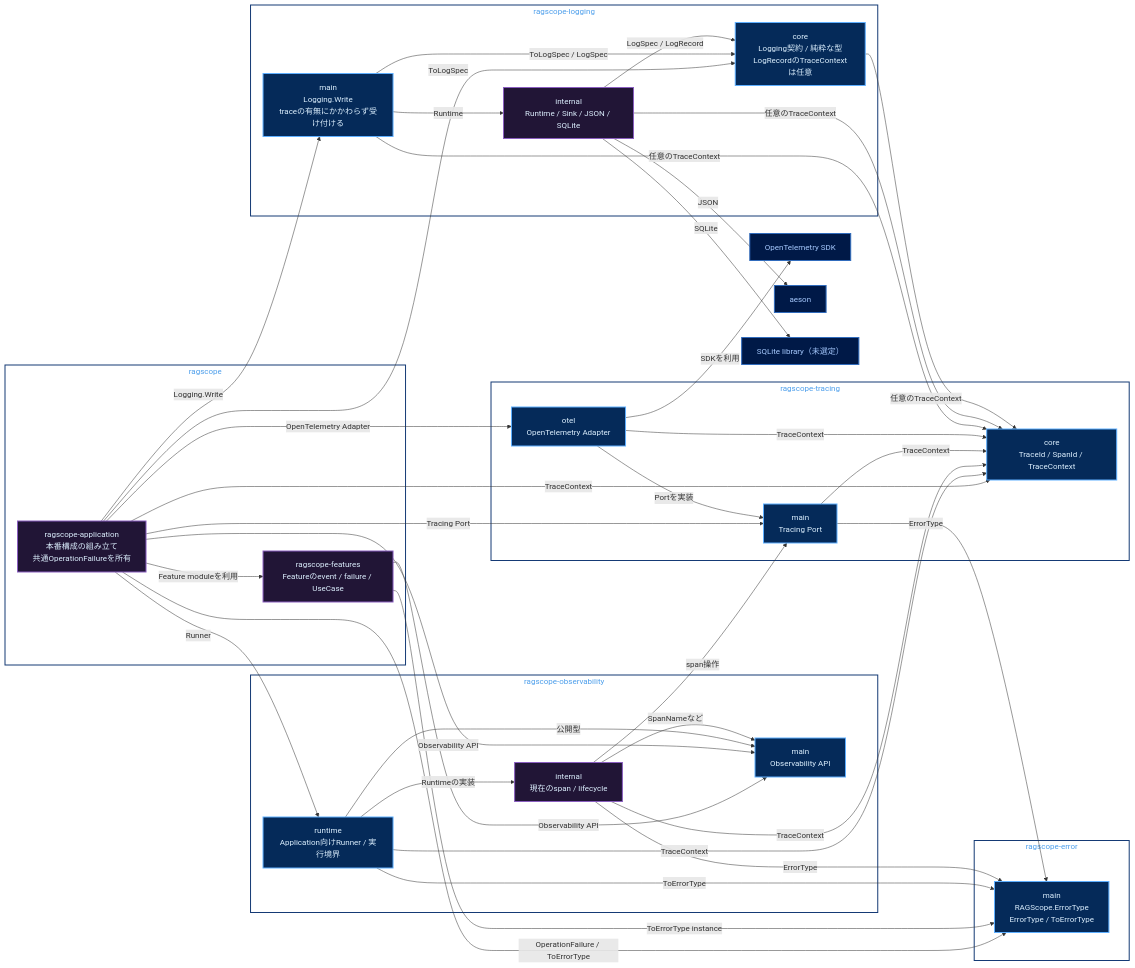
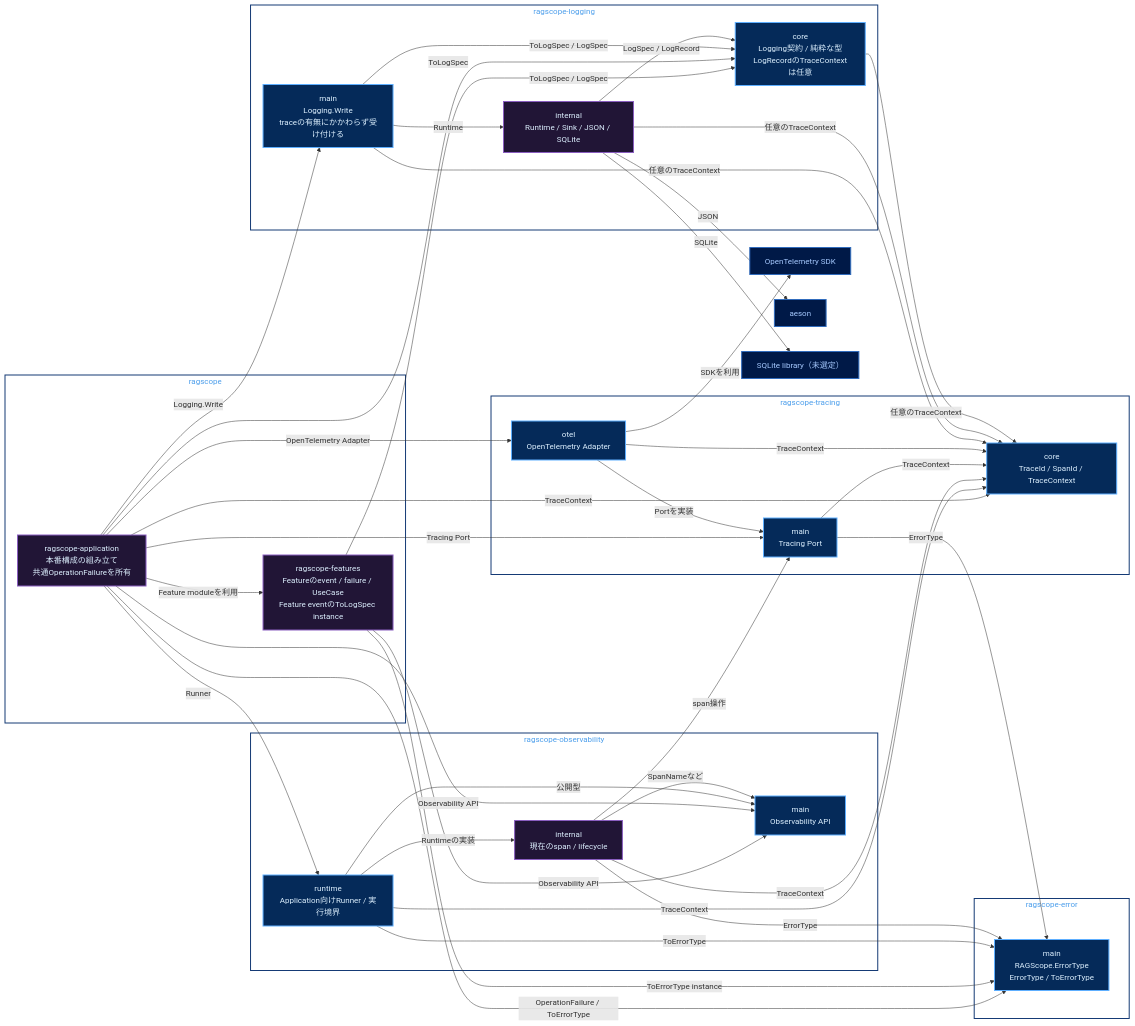
Before and after one commit to takashit16833/Workbench: the diagram in Notes/RAGScope/RAGScopeアプリケーション/実行追跡・構造化ログ静的依存図.md, drawn with Mermaid.

Commit message:
docs: add feature logging contract dependency

````diff
--- a/Notes/RAGScope/RAGScopeアプリケーション/実行追跡・構造化ログ静的依存図.md
+++ b/Notes/RAGScope/RAGScopeアプリケーション/実行追跡・構造化ログ静的依存図.md
@@ -25,7 +25,7 @@
 ```mermaid
 flowchart LR
     subgraph pkg_ragscope["ragscope"]
-        features["ragscope-features<br/>Featureのevent / failure / UseCase"]
+        features["ragscope-features<br/>Featureのevent / failure / UseCase<br/>Feature eventのToLogSpec instance"]
         application["ragscope-application<br/>本番構成の組み立て<br/>共通OperationFailureを所有"]
     end
 
@@ -59,6 +59,7 @@
     application -->|OperationFailure / ToErrorType| error_main
     features -->|Observability API| obs_main
     features -->|ToErrorType instance| error_main
+    features -->|ToLogSpec / LogSpec| log_core
 
     application -->|Observability API| obs_main
     application -->|Runner| obs_runtime
````
